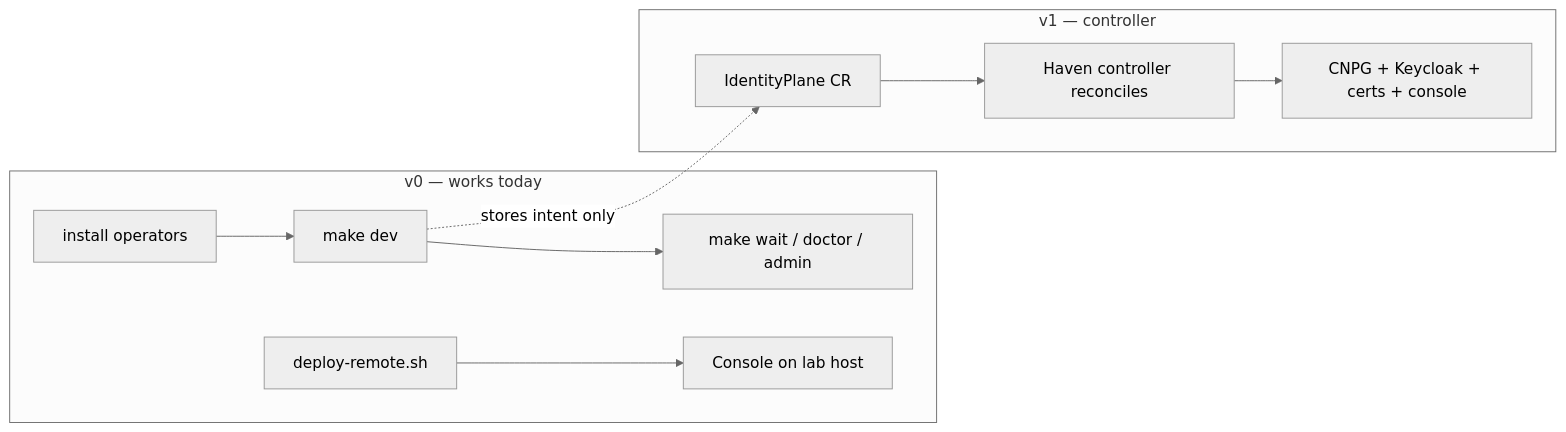
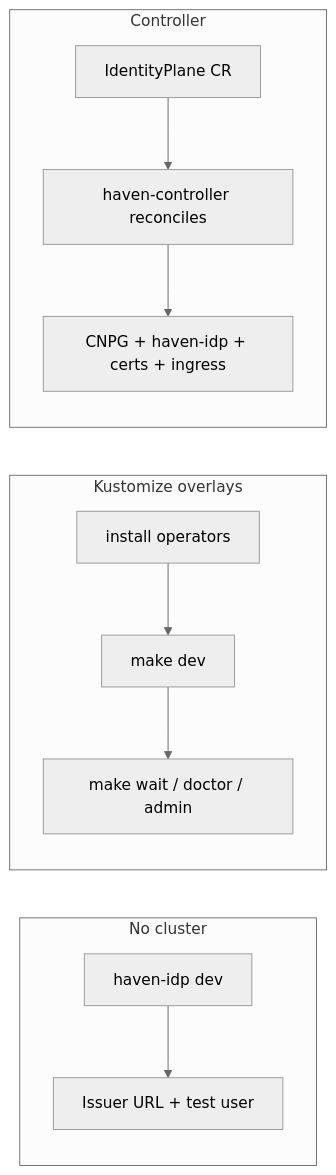
The diagram in docs/README.md (zyvorai/zyvor-haven), drawn with Mermaid (neutral theme) before and after one commit. The commit also changed other lines of this file and 49 other files, not shown here.

First line of the commit message:
docs: describe haven-idp instead of Keycloak across the product docs

````diff
--- a/docs/README.md
+++ b/docs/README.md
@@ -86,15 +84,16 @@
 ```mermaid
 flowchart LR
-  subgraph v0["v0 — works today"]
+  subgraph nocluster["No cluster"]
+    D["haven-idp dev"] --> E["Issuer URL + test user"]
+  end
+
+  subgraph overlays["Kustomize overlays"]
     A[install operators] --> B[make dev]
     B --> C[make wait / doctor / admin]
-    D[deploy-remote.sh] --> E[Console on lab host]
   end
 
-  subgraph later["v1 — controller"]
-    F[IdentityPlane CR] --> G[Haven controller reconciles]
-    G --> H[CNPG + Keycloak + certs + console]
+  subgraph controller["Controller"]
+    F[IdentityPlane CR] --> G[haven-controller reconciles]
+    G --> H[CNPG + haven-idp + certs + ingress]
   end
-
-  B -.->|"stores intent only"| F
 ```
````
